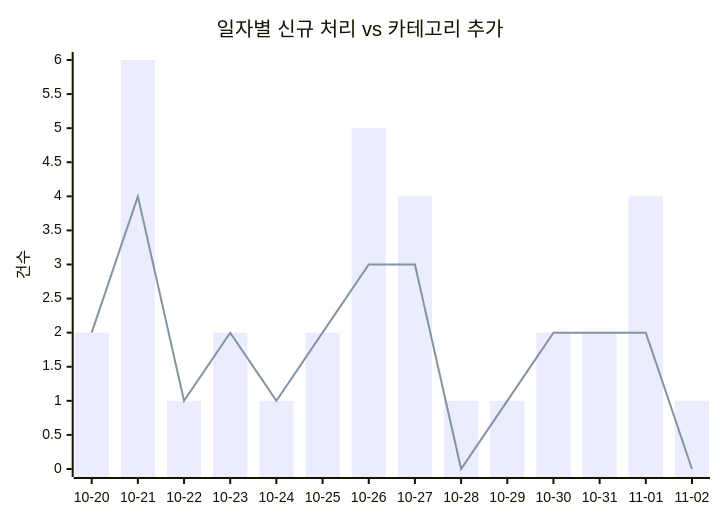
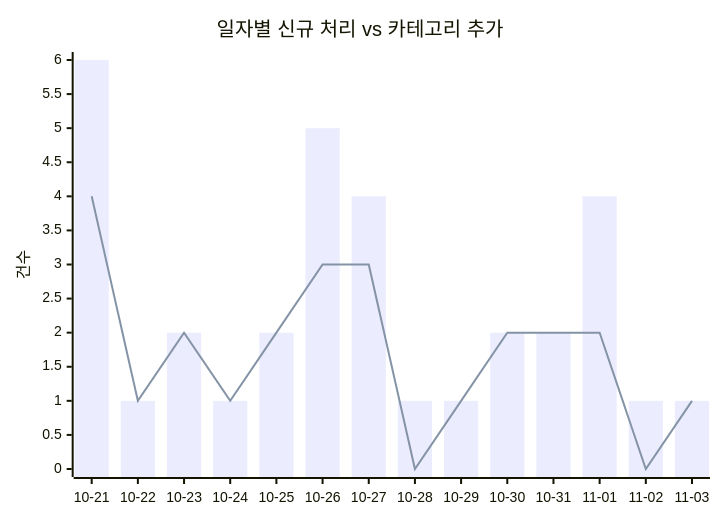
One commit to J-nowcow/awesome-korean-agent-skills changed the first of 2 diagrams in docs/trends.md. Above: the diagram before and after it, drawn with Mermaid. The commit also changed other lines of this file and 28 other files, not shown here.

````diff
--- a/docs/trends.md
+++ b/docs/trends.md
@@ -32,8 +32,8 @@
 ```mermaid
 xychart-beta
     title "일자별 신규 처리 vs 카테고리 추가"
-    x-axis ["10-20","10-21","10-22","10-23","10-24","10-25","10-26","10-27","10-28","10-29","10-30","10-31","11-01","11-02"]
+    x-axis ["10-21","10-22","10-23","10-24","10-25","10-26","10-27","10-28","10-29","10-30","10-31","11-01","11-02","11-03"]
     y-axis "건수"
-    bar [2,6,1,2,1,2,5,4,1,1,2,2,4,1]
-    line [2,4,1,2,1,2,3,3,0,1,2,2,2,0]
+    bar [6,1,2,1,2,5,4,1,1,2,2,4,1,1]
+    line [4,1,2,1,2,3,3,0,1,2,2,2,0,1]
 ```
````
